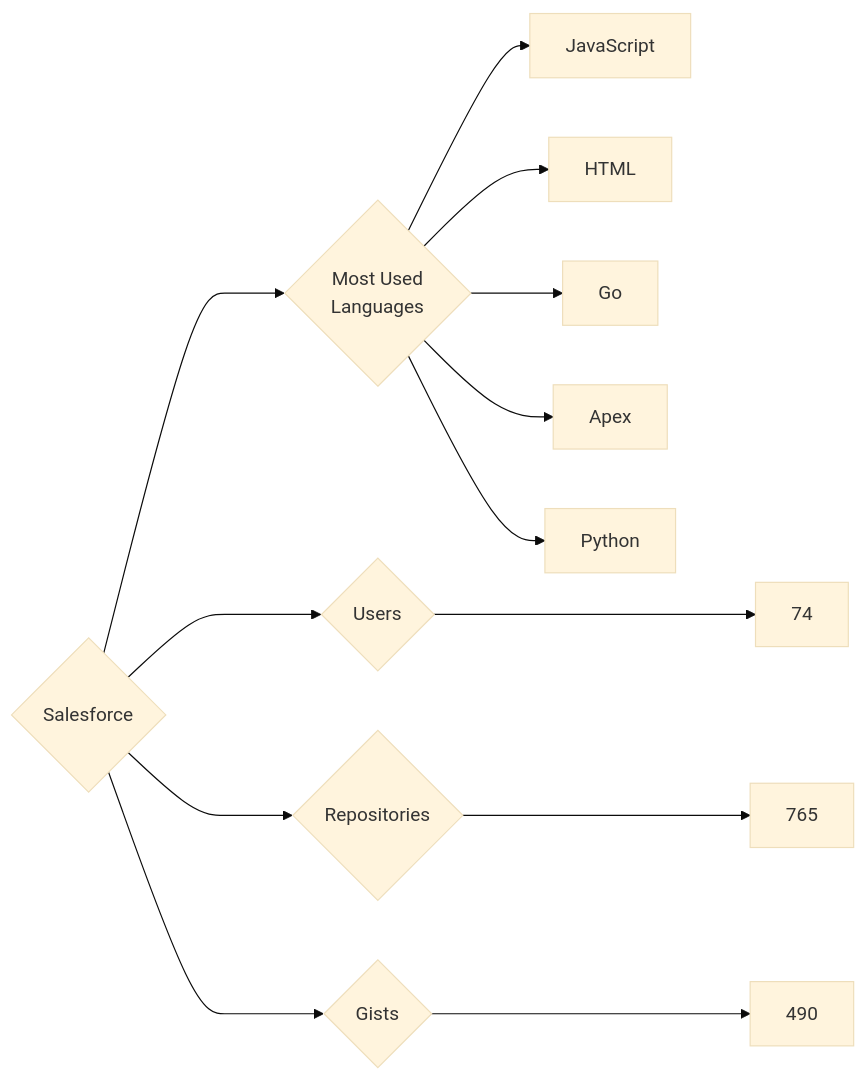
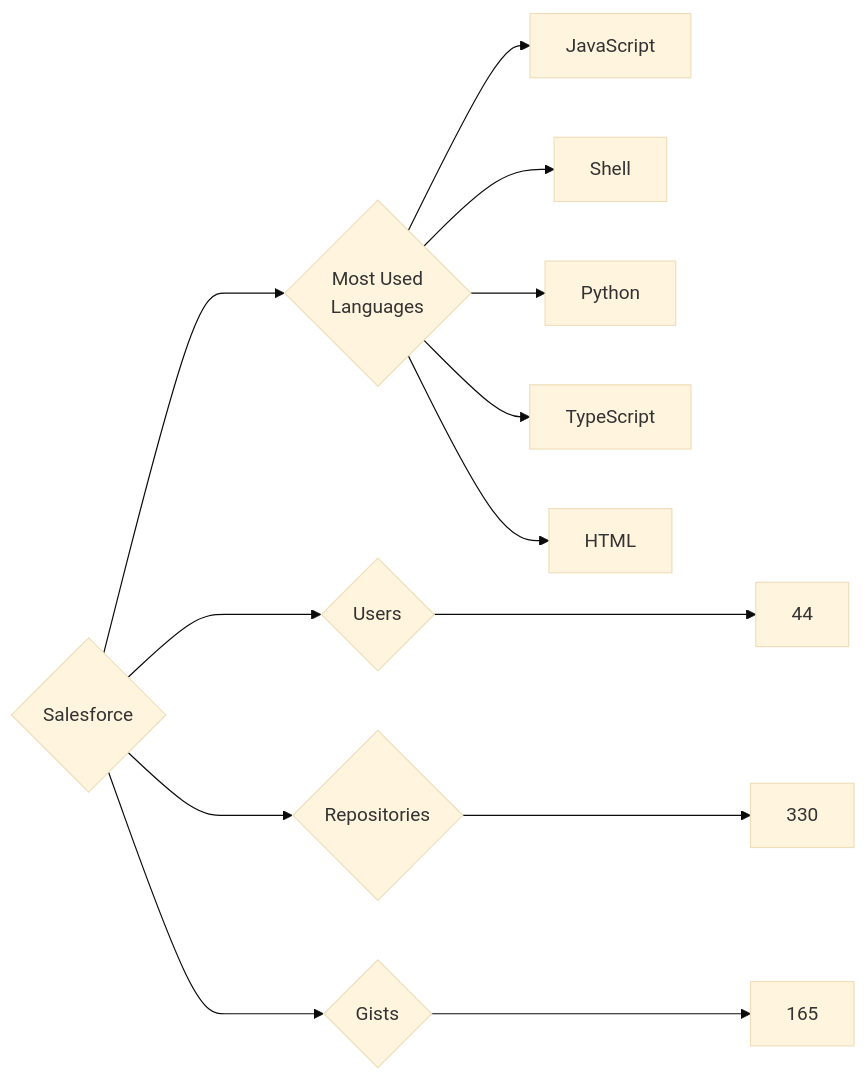
Before and after one commit to trickest/insiders: the diagram in targets/Salesforce/README.md, drawn with Mermaid (base theme). The commit also changed 582 other files, not shown here.

````diff
--- a/targets/Salesforce/README.md
+++ b/targets/Salesforce/README.md
@@ -3,13 +3,13 @@
 ```mermaid
 graph LR
 COMPANY_NAME{Salesforce}
-COMPANY_NAME ---> U{Users} ---> UN[74]
-COMPANY_NAME ---> R{Repositories} ---> RN[765]
-COMPANY_NAME ---> G{Gists} ---> GN[490]
+COMPANY_NAME ---> U{Users} ---> UN[44]
+COMPANY_NAME ---> R{Repositories} ---> RN[330]
+COMPANY_NAME ---> G{Gists} ---> GN[165]
 COMPANY_NAME ---> ML{Most Used<br>Languages}
 ML --> JavaScript[JavaScript]
+ML --> Shell[Shell]
+ML --> Python[Python]
+ML --> TypeScript[TypeScript]
 ML --> HTML[HTML]
-ML --> Go[Go]
-ML --> Apex[Apex]
-ML --> Python[Python]
 ```
````
